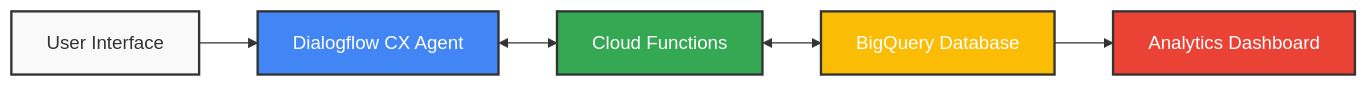
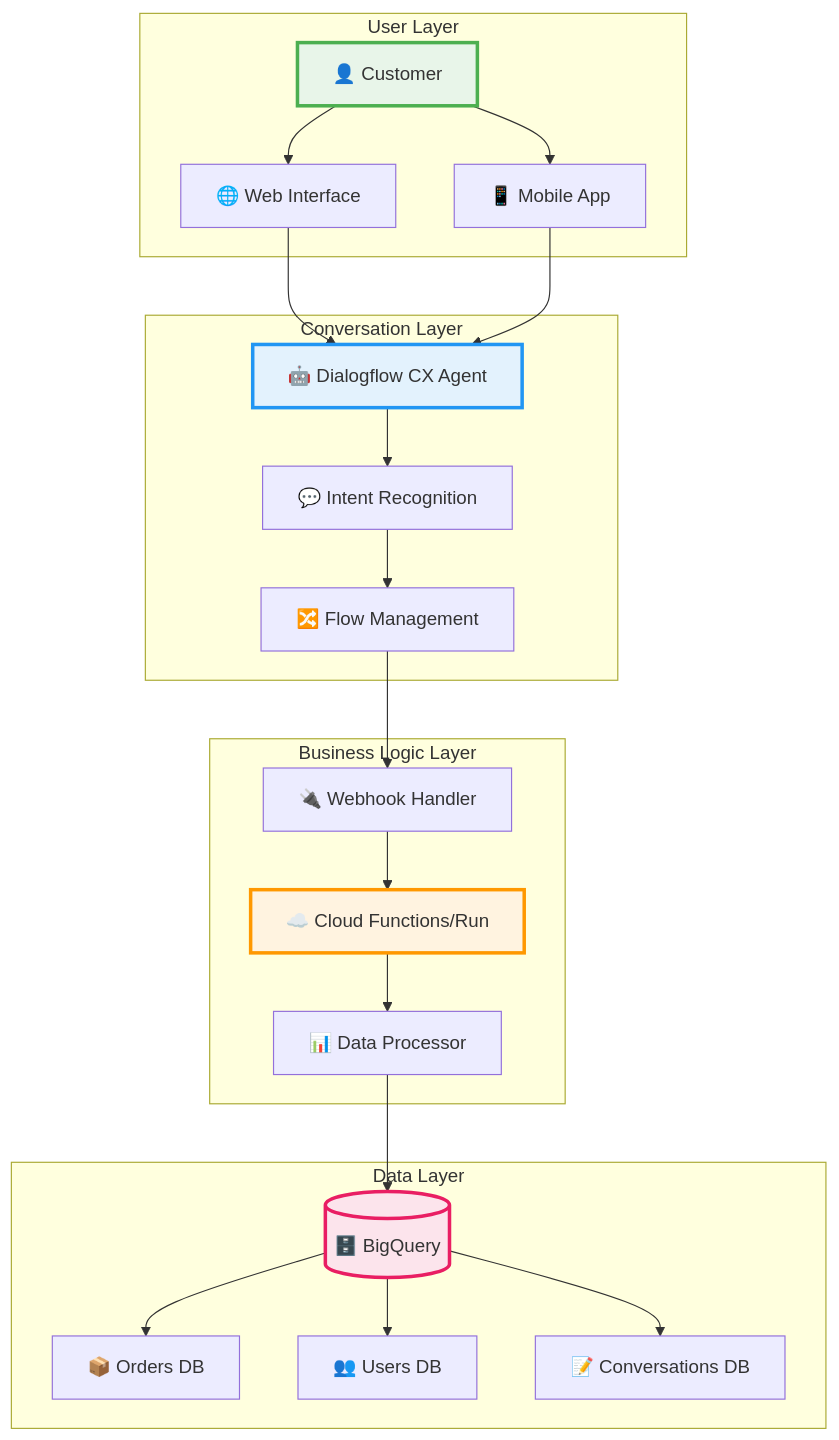
Before and after one commit to Yash-Kavaiya/Ecomm-bot-shia: the second of 26 diagrams in README.md, drawn with Mermaid. The commit also changed other lines of this file, not shown here.

Commit message:
Enhance README with comprehensive business flow diagrams and improved documentation

````diff
--- a/README.md
+++ b/README.md
@@ -30,13 +84,46 @@
 ```mermaid
-graph LR
-    A[User Interface] --> B[Dialogflow CX Agent]
-    B <--> C[Cloud Functions]
-    C <--> D[BigQuery Database]
-    D --> E[Analytics Dashboard]
+graph TB
+    subgraph "User Layer"
+        A[👤 Customer]
+        B[🌐 Web Interface]
+        C[📱 Mobile App]
+    end
     
-    style A fill:#f9f9f9,stroke:#333,stroke-width:2px
-    style B fill:#4285F4,stroke:#333,stroke-width:2px,color:white
-    style C fill:#34A853,stroke:#333,stroke-width:2px,color:white
-    style D fill:#FBBC05,stroke:#333,stroke-width:2px,color:white
-    style E fill:#EA4335,stroke:#333,stroke-width:2px,color:white
+    subgraph "Conversation Layer"
+        D[🤖 Dialogflow CX Agent]
+        E[💬 Intent Recognition]
+        F[🔀 Flow Management]
+    end
+    
+    subgraph "Business Logic Layer"
+        G[☁️ Cloud Functions/Run]
+        H[🔌 Webhook Handler]
+        I[📊 Data Processor]
+    end
+    
+    subgraph "Data Layer"
+        J[(🗄️ BigQuery)]
+        K[📦 Orders DB]
+        L[👥 Users DB]
+        M[📝 Conversations DB]
+    end
+    
+    A --> B
+    A --> C
+    B --> D
+    C --> D
+    D --> E
+    E --> F
+    F --> H
+    H --> G
+    G --> I
+    I --> J
+    J --> K
+    J --> L
+    J --> M
+    
+    style A fill:#E8F5E9,stroke:#4CAF50,stroke-width:3px
+    style D fill:#E3F2FD,stroke:#2196F3,stroke-width:3px
+    style G fill:#FFF3E0,stroke:#FF9800,stroke-width:3px
+    style J fill:#FCE4EC,stroke:#E91E63,stroke-width:3px
 ```
````
